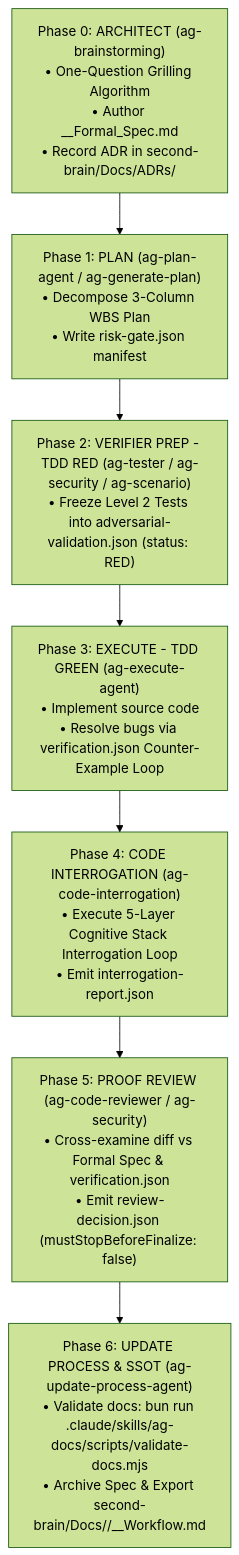
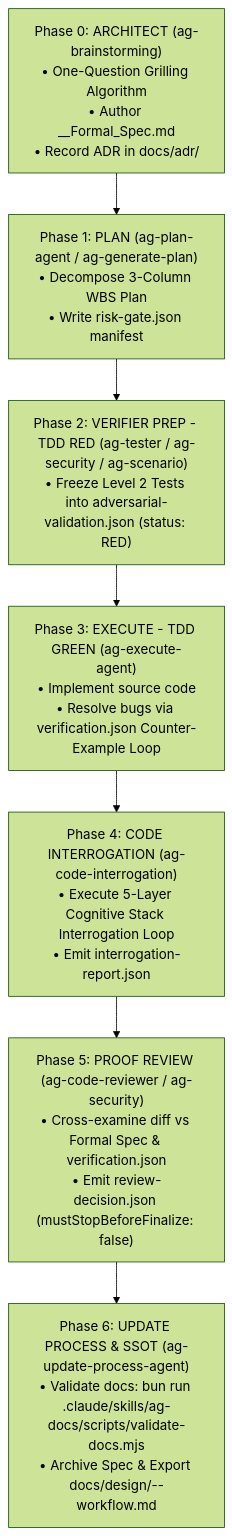
The diagram in process/development-protocols/references/architect-verifier-master-workflow-guide.md (ngxccc/agent-skills-kit), drawn with Mermaid (forest theme) before and after one commit. The commit also changed other lines of this file and 4 other files, not shown here.

Commit message:
docs(standards): standardize workflow docs destination to docs/design and ADRs to docs/adr

````diff
--- a/process/development-protocols/references/architect-verifier-master-workflow-guide.md
+++ b/process/development-protocols/references/architect-verifier-master-workflow-guide.md
@@ -22,9 +22,9 @@
 ```mermaid
 flowchart TD
-    Phase0["Phase 0: ARCHITECT (ag-brainstorming)\n• One-Question Grilling Algorithm\n• Author <Feature>_<Topic>_Formal_Spec.md\n• Record ADR in second-brain/Docs/ADRs/"] --> Phase1["Phase 1: PLAN (ag-plan-agent / ag-generate-plan)\n• Decompose 3-Column WBS Plan\n• Write risk-gate.json manifest"]
+    Phase0["Phase 0: ARCHITECT (ag-brainstorming)\n• One-Question Grilling Algorithm\n• Author <Feature>_<Topic>_Formal_Spec.md\n• Record ADR in docs/adr/"] --> Phase1["Phase 1: PLAN (ag-plan-agent / ag-generate-plan)\n• Decompose 3-Column WBS Plan\n• Write risk-gate.json manifest"]
     Phase1 --> Phase2["Phase 2: VERIFIER PREP - TDD RED (ag-tester / ag-security / ag-scenario)\n• Freeze Level 2 Tests into adversarial-validation.json (status: RED)"]
     Phase2 --> Phase3["Phase 3: EXECUTE - TDD GREEN (ag-execute-agent)\n• Implement source code\n• Resolve bugs via verification.json Counter-Example Loop"]
     Phase3 --> Phase4["Phase 4: CODE INTERROGATION (ag-code-interrogation)\n• Execute 5-Layer Cognitive Stack Interrogation Loop\n• Emit interrogation-report.json"]
     Phase4 --> Phase5["Phase 5: PROOF REVIEW (ag-code-reviewer / ag-security)\n• Cross-examine diff vs Formal Spec & verification.json\n• Emit review-decision.json (mustStopBeforeFinalize: false)"]
-    Phase5 --> Phase6["Phase 6: UPDATE PROCESS & SSOT (ag-update-process-agent)\n• Validate docs: bun run .claude/skills/ag-docs/scripts/validate-docs.mjs\n• Archive Spec & Export second-brain/Docs/<Topic>/<Feature>_<Topic>_Workflow.md"]
+    Phase5 --> Phase6["Phase 6: UPDATE PROCESS & SSOT (ag-update-process-agent)\n• Validate docs: bun run .claude/skills/ag-docs/scripts/validate-docs.mjs\n• Archive Spec & Export docs/design/<feature-slug>-<topic-slug>-workflow.md"]
 ```
````
